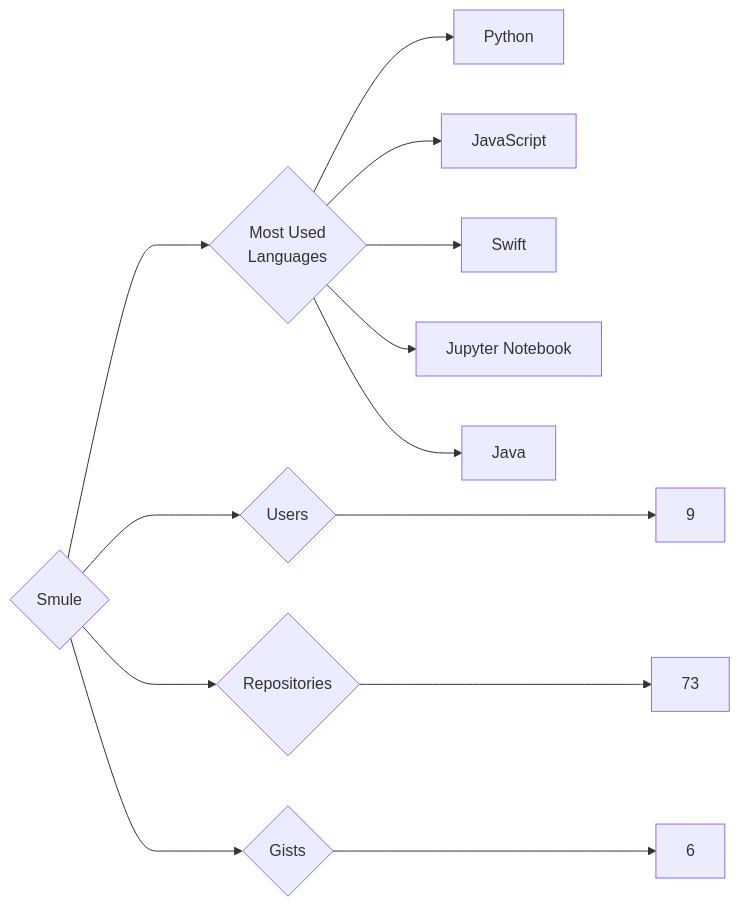
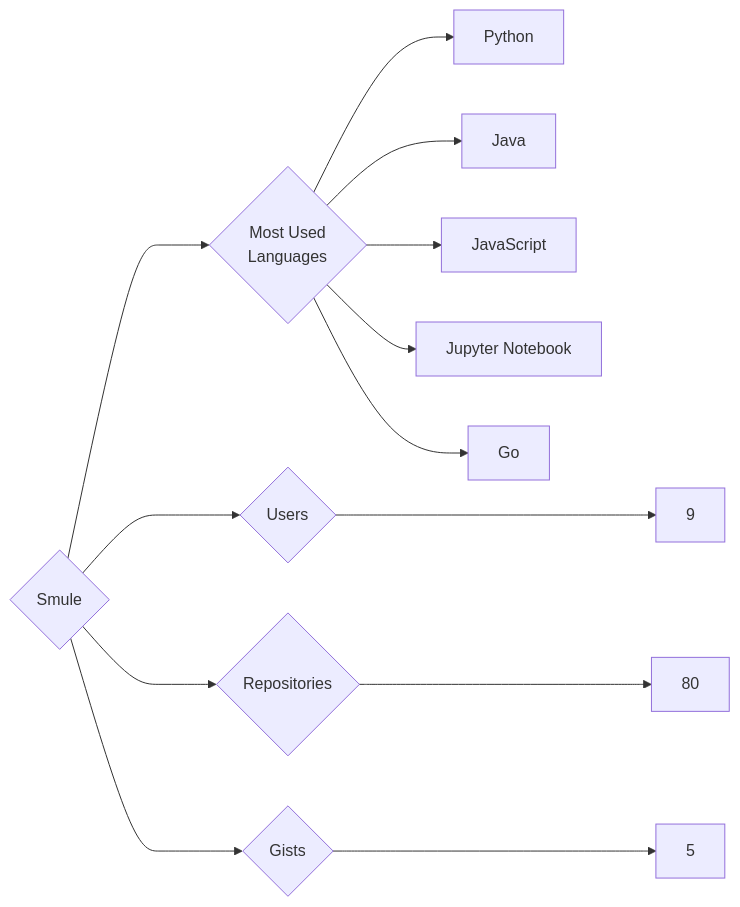
One commit to trickest/insiders changed the diagram in targets/Smule/README.md. Above: the diagram before and after it, drawn with Mermaid. The commit also changed 965 other files, not shown here.

````diff
--- a/targets/Smule/README.md
+++ b/targets/Smule/README.md
@@ -3,13 +3,13 @@
 ```mermaid
 graph LR
 COMPANY_NAME{Smule}
 COMPANY_NAME ---> U{Users} ---> UN[9]
-COMPANY_NAME ---> R{Repositories} ---> RN[73]
-COMPANY_NAME ---> G{Gists} ---> GN[6]
+COMPANY_NAME ---> R{Repositories} ---> RN[80]
+COMPANY_NAME ---> G{Gists} ---> GN[5]
 COMPANY_NAME ---> ML{Most Used<br>Languages}
 ML --> Python[Python]
+ML --> Java[Java]
 ML --> JavaScript[JavaScript]
-ML --> Swift[Swift]
 ML --> Jupyter_Notebook[Jupyter Notebook]
-ML --> Java[Java]
+ML --> Go[Go]
 ```
````
